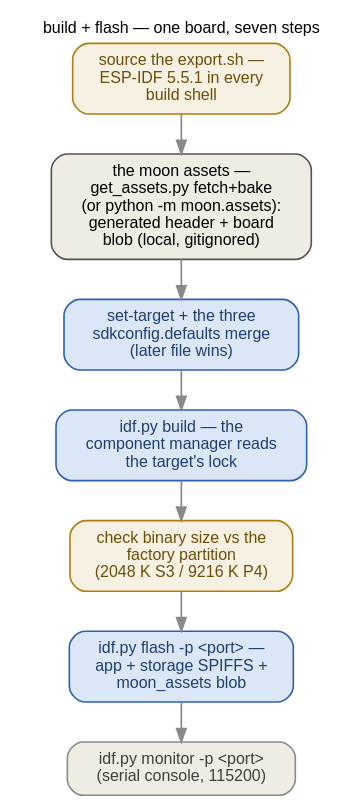
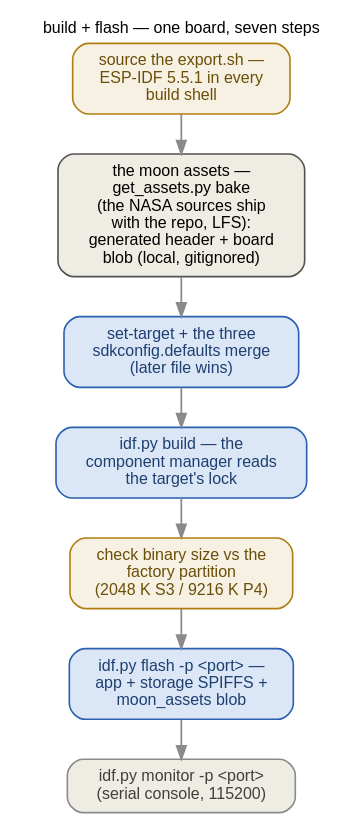
One commit to ukos-git/moon-clock-esp changed the diagram in docs/_graphs/build-flash.dot. Above: the diagram before and after it, drawn with Graphviz. The commit also changed 55 other files, not shown here.

```diff
--- a/docs/_graphs/build-flash.dot
+++ b/docs/_graphs/build-flash.dot
@@ -1,63 +1,65 @@
 // Build + flash sequence for ONE board (port = <port>, the
 // identified node — never hard-coded: plug one board, watch which
 // /dev/ttyACM* node appears, confirm the chip with
 // esptool.py --port <port> chip_id before flashing; the mapping does
 // not survive a re-plug). The seven steps, in order (verified against
 // the root build flow):
 //   source ~/esp/esp-idf/export.sh — ESP-IDF 5.5.1 in every build
 //   shell;
-//   the moon assets are acquired and baked locally and gitignored:
-//   python3 assets/images/moon/get_assets.py fetches the NASA kit
-//   (sha256-pinned) and bakes; the bake alone is
+//   the moon assets are baked locally (the bake is gitignored); the
+//   NASA ground truth (kit TIFs + gate/quarter frames, LFS) ships with
+//   the repo:
+//   python3 assets/images/moon/get_assets.py re-verifies the committed
+//   sources (sha256-pinned) and bakes; the bake alone is
 //   cd assets/images/moon && .venv/bin/python -m moon.assets, writing
 //   components/moon/generated/{s3,p4}/moon_consts.h and
 //   assets/images/moon/moon_assets.bin (the root CMakeLists
 //   FATAL_ERRORs on a width/manifest/partition mismatch — regenerate
 //   after touching the pipeline or MOON_ALBEDO_W);
 //   idf.py set-target merges the three sdkconfig.defaults files
 //   (later file wins) into the live sdkconfig — sdkconfig-merge.dot;
 //   idf.py build — the component manager resolves dependencies.lock
 //   (the P4 build: -D IDF_TARGET=esp32p4 -B build/p4, lock
 //   dependencies.lock.p4);
 //   CHECK the binary size against the factory partition: 2048 K S3 /
 //   9216 K P4 (the P4's 16 MB header warning from esptool is
 //   expected);
 //   idf.py flash -p <port> lands app + storage SPIFFS + the
 //   moon_assets blob;
 //   idf.py monitor -p <port> — serial console, 115200.
 // FONTS: 12 pt = the page's 16 px body text at 1:1 — kept inside the
 // content column.
 // Rendered inline as SVG by sphinx.ext.graphviz (dot on PATH).
 digraph build_flash {
     rankdir=TB;
     label="build + flash — one board, seven steps";
     labelloc="t"; labeljust="c";
     fontname="Helvetica"; fontsize=12;
     graph [nodesep=0.4, ranksep=0.42];
     node [fontname="Helvetica", fontsize=12, shape=box, style="rounded,filled",
           width=0, height=0, margin="0.16,0.10", fillcolor="#f2f2ef",
           color="#525252", penwidth=1.2];
     edge [fontname="Helvetica", fontsize=12, color="#8a8a8a", penwidth=1.3];
 
     env [label="source the export.sh —\nESP-IDF 5.5.1 in every\nbuild shell",
          fillcolor="#f6f1e2", color="#b07d10", fontcolor="#6b4e08"];
-    assets [label="the moon assets —\nget_assets.py fetch+bake\n(or python -m moon.assets):\ngenerated header + board\nblob (local, gitignored)",
+    assets [label="the moon assets —\nget_assets.py bake\n(the NASA sources ship\nwith the repo, LFS):\ngenerated header + board\nblob (local, gitignored)",
             fillcolor="#efece4"];
     cfg [label="set-target + the three\nsdkconfig.defaults merge\n(later file wins)",
          fillcolor="#dbe7f6", color="#2b5fb0", fontcolor="#1e3f70"];
     build [label="idf.py build — the\ncomponent manager reads\nthe target's lock",
            fillcolor="#dbe7f6", color="#2b5fb0", fontcolor="#1e3f70"];
     size [label="check binary size vs the\nfactory partition\n(2048 K S3 / 9216 K P4)",
           fillcolor="#f6f1e2", color="#b07d10", fontcolor="#6b4e08"];
     flash [label="idf.py flash -p <port> —\napp + storage SPIFFS +\nmoon_assets blob",
            fillcolor="#dbe7f6", color="#2b5fb0", fontcolor="#1e3f70"];
     mon [label="idf.py monitor -p <port>\n(serial console, 115200)",
          fillcolor="#efece4", color="#8a8a8a", fontcolor="#3f3f3f"];
 
     env -> assets;
     assets -> cfg;
     cfg -> build;
     build -> size;
     size -> flash;
     flash -> mon;
 }
```
